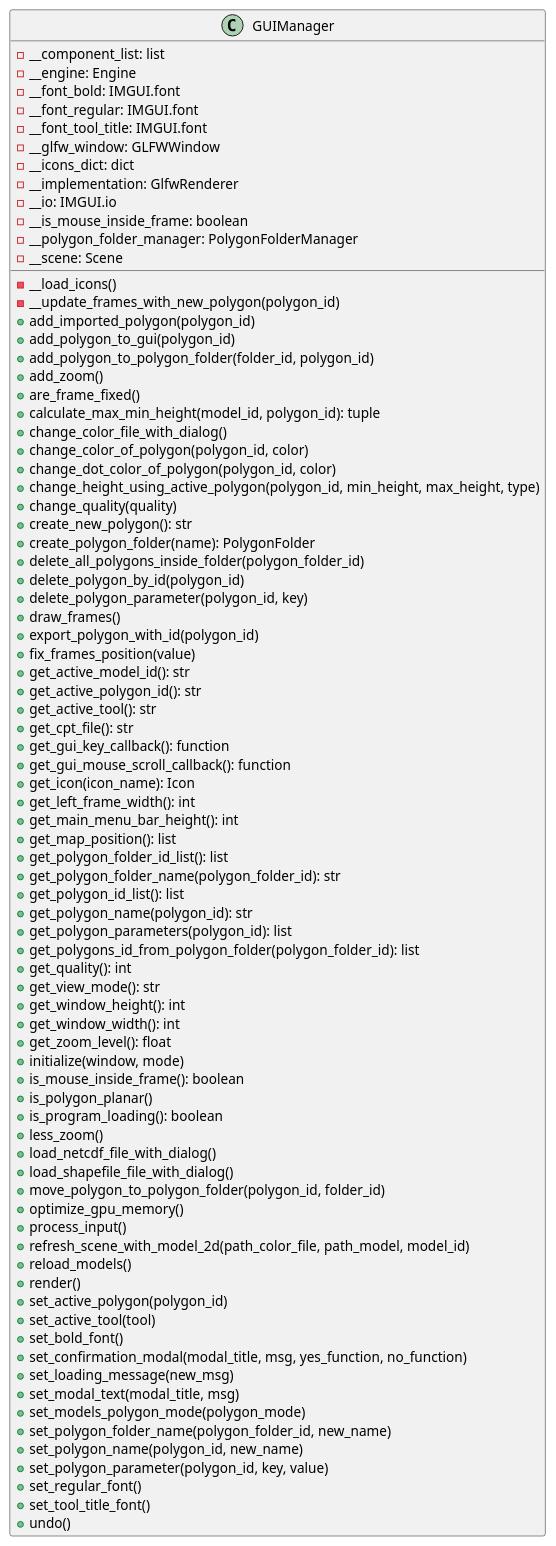
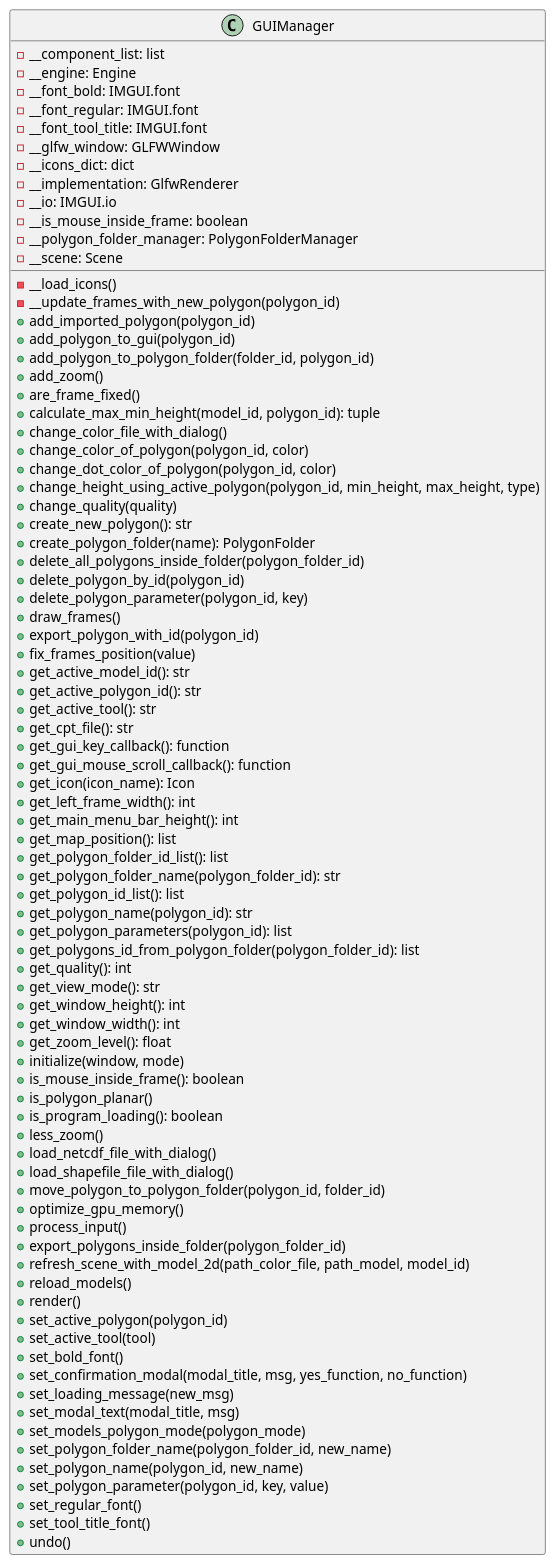
Before and after one commit to ferpoble2/Relief_Creator: the diagram in docs/classes/GUIManager.puml, drawn with PlantUML. The commit also changed 6 other files, not shown here.

First line of the commit message:
Implemented export of polygons that are inside of a folder.

```diff
--- a/docs/classes/GUIManager.puml
+++ b/docs/classes/GUIManager.puml
@@ -1,86 +1,87 @@
 @startuml
 'https://plantuml.com/class-diagram
 class GUIManager{
     - __component_list: list
     - __engine: Engine
     - __font_bold: IMGUI.font
     - __font_regular: IMGUI.font
     - __font_tool_title: IMGUI.font
     - __glfw_window: GLFWWindow
     - __icons_dict: dict
     - __implementation: GlfwRenderer
     - __io: IMGUI.io
     - __is_mouse_inside_frame: boolean
     - __polygon_folder_manager: PolygonFolderManager
     - __scene: Scene
 
     - __load_icons()
     - __update_frames_with_new_polygon(polygon_id)
     + add_imported_polygon(polygon_id)
     + add_polygon_to_gui(polygon_id)
     + add_polygon_to_polygon_folder(folder_id, polygon_id)
     + add_zoom()
     + are_frame_fixed()
     + calculate_max_min_height(model_id, polygon_id): tuple
     + change_color_file_with_dialog()
     + change_color_of_polygon(polygon_id, color)
     + change_dot_color_of_polygon(polygon_id, color)
     + change_height_using_active_polygon(polygon_id, min_height, max_height, type)
     + change_quality(quality)
     + create_new_polygon(): str
     + create_polygon_folder(name): PolygonFolder
     + delete_all_polygons_inside_folder(polygon_folder_id)
     + delete_polygon_by_id(polygon_id)
     + delete_polygon_parameter(polygon_id, key)
     + draw_frames()
     + export_polygon_with_id(polygon_id)
     + fix_frames_position(value)
     + get_active_model_id(): str
     + get_active_polygon_id(): str
     + get_active_tool(): str
     + get_cpt_file(): str
     + get_gui_key_callback(): function
     + get_gui_mouse_scroll_callback(): function
     + get_icon(icon_name): Icon
     + get_left_frame_width(): int
     + get_main_menu_bar_height(): int
     + get_map_position(): list
     + get_polygon_folder_id_list(): list
     + get_polygon_folder_name(polygon_folder_id): str
     + get_polygon_id_list(): list
     + get_polygon_name(polygon_id): str
     + get_polygon_parameters(polygon_id): list
     + get_polygons_id_from_polygon_folder(polygon_folder_id): list
     + get_quality(): int
     + get_view_mode(): str
     + get_window_height(): int
     + get_window_width(): int
     + get_zoom_level(): float
     + initialize(window, mode)
     + is_mouse_inside_frame(): boolean
     + is_polygon_planar()
     + is_program_loading(): boolean
     + less_zoom()
     + load_netcdf_file_with_dialog()
     + load_shapefile_file_with_dialog()
     + move_polygon_to_polygon_folder(polygon_id, folder_id)
     + optimize_gpu_memory()
     + process_input()
+    + export_polygons_inside_folder(polygon_folder_id)
     + refresh_scene_with_model_2d(path_color_file, path_model, model_id)
     + reload_models()
     + render()
     + set_active_polygon(polygon_id)
     + set_active_tool(tool)
     + set_bold_font()
     + set_confirmation_modal(modal_title, msg, yes_function, no_function)
     + set_loading_message(new_msg)
     + set_modal_text(modal_title, msg)
     + set_models_polygon_mode(polygon_mode)
     + set_polygon_folder_name(polygon_folder_id, new_name)
     + set_polygon_name(polygon_id, new_name)
     + set_polygon_parameter(polygon_id, key, value)
     + set_regular_font()
     + set_tool_title_font()
     + undo()
 }
 @enduml
```
